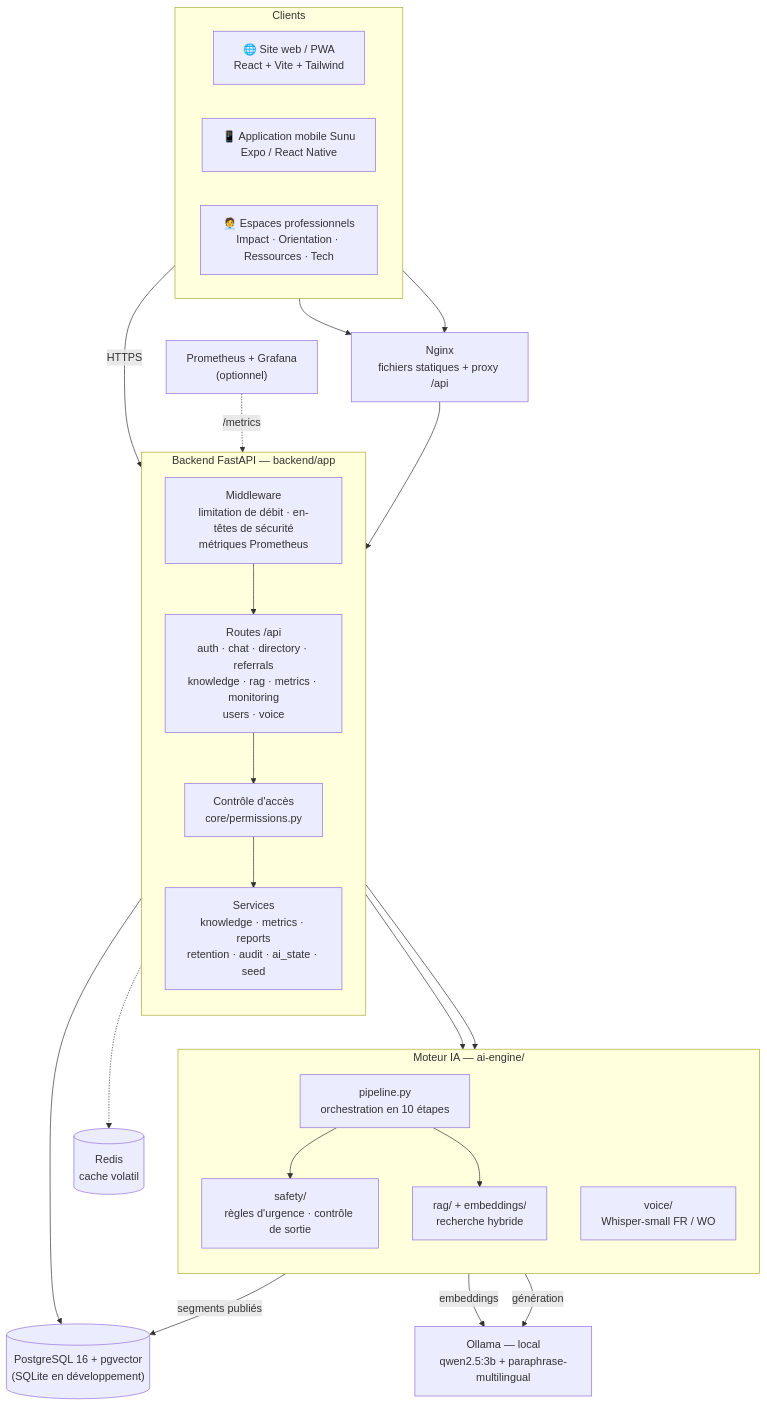
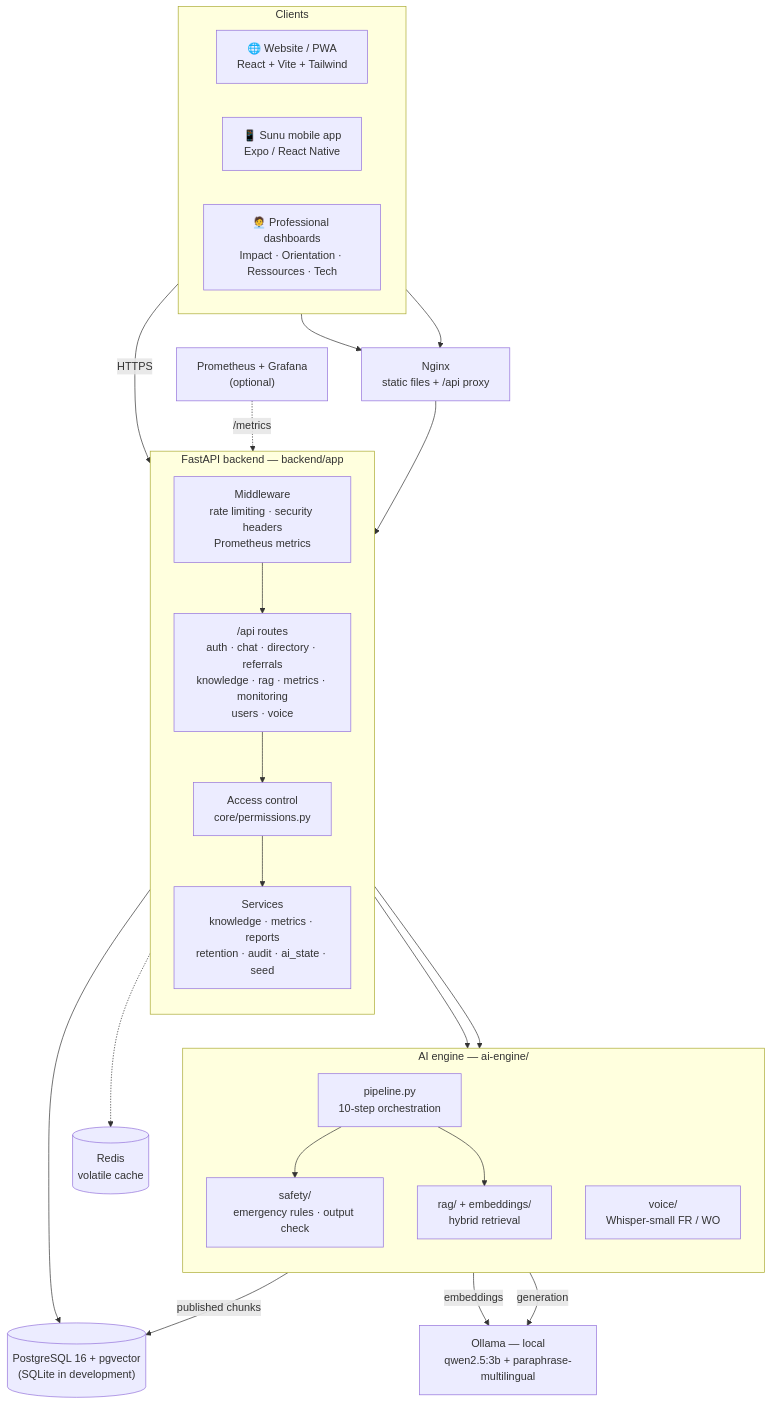
One commit to Dioumadev221/SUNUSAFEGUARD changed the first of 17 diagrams in README.md. Above: the diagram before and after it, drawn with Mermaid. The commit also changed other lines of this file and 1 other file, not shown here.

````diff
--- a/README.md
+++ b/README.md
@@ -106,48 +100,48 @@
 ```mermaid
 flowchart TB
     subgraph CLIENTS["Clients"]
         direction LR
-        WEB["🌐 Site web / PWA<br/>React + Vite + Tailwind"]
-        MOB["📱 Application mobile Sunu<br/>Expo / React Native"]
-        PRO["🧑‍💼 Espaces professionnels<br/>Impact · Orientation · Ressources · Tech"]
+        WEB["🌐 Website / PWA<br/>React + Vite + Tailwind"]
+        MOB["📱 Sunu mobile app<br/>Expo / React Native"]
+        PRO["🧑‍💼 Professional dashboards<br/>Impact · Orientation · Ressources · Tech"]
     end
 
-    NGINX["Nginx<br/>fichiers statiques + proxy /api"]
+    NGINX["Nginx<br/>static files + /api proxy"]
 
-    subgraph API["Backend FastAPI — backend/app"]
+    subgraph API["FastAPI backend — backend/app"]
         direction TB
-        ROUTES["Routes /api<br/>auth · chat · directory · referrals<br/>knowledge · rag · metrics · monitoring<br/>users · voice"]
-        MW["Middleware<br/>limitation de débit · en-têtes de sécurité<br/>métriques Prometheus"]
-        RBAC["Contrôle d'accès<br/>core/permissions.py"]
+        ROUTES["/api routes<br/>auth · chat · directory · referrals<br/>knowledge · rag · metrics · monitoring<br/>users · voice"]
+        MW["Middleware<br/>rate limiting · security headers<br/>Prometheus metrics"]
+        RBAC["Access control<br/>core/permissions.py"]
         SVC["Services<br/>knowledge · metrics · reports<br/>retention · audit · ai_state · seed"]
     end
 
-    subgraph AI["Moteur IA — ai-engine/"]
+    subgraph AI["AI engine — ai-engine/"]
         direction TB
-        PIPE["pipeline.py<br/>orchestration en 10 étapes"]
-        SAFE["safety/<br/>règles d'urgence · contrôle de sortie"]
-        RAG["rag/ + embeddings/<br/>recherche hybride"]
+        PIPE["pipeline.py<br/>10-step orchestration"]
+        SAFE["safety/<br/>emergency rules · output check"]
+        RAG["rag/ + embeddings/<br/>hybrid retrieval"]
         VOICE["voice/<br/>Whisper-small FR / WO"]
     end
 
-    DB[("PostgreSQL 16 + pgvector<br/>(SQLite en développement)")]
+    DB[("PostgreSQL 16 + pgvector<br/>(SQLite in development)")]
     OLLAMA["Ollama — local<br/>qwen2.5:3b + paraphrase-multilingual"]
-    REDIS[("Redis<br/>cache volatil")]
-    PROM["Prometheus + Grafana<br/>(optionnel)"]
+    REDIS[("Redis<br/>volatile cache")]
+    PROM["Prometheus + Grafana<br/>(optional)"]
 
     WEB --> NGINX
     PRO --> NGINX
     MOB -->|HTTPS| API
     NGINX --> API
     MW --> ROUTES --> RBAC --> SVC
     ROUTES --> PIPE
     ROUTES --> VOICE
     PIPE --> SAFE
     PIPE --> RAG
-    PIPE -->|génération| OLLAMA
+    PIPE -->|generation| OLLAMA
     RAG -->|embeddings| OLLAMA
     SVC --> DB
-    RAG -->|segments publiés| DB
+    RAG -->|published chunks| DB
     API -.-> REDIS
     PROM -.->|/metrics| API
 ```
````
